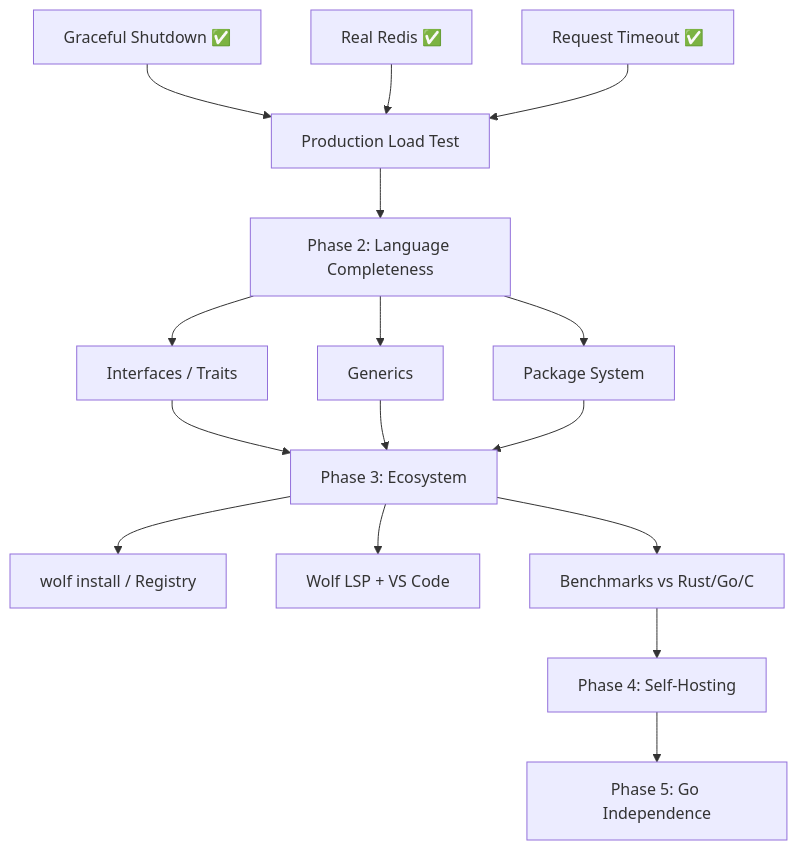
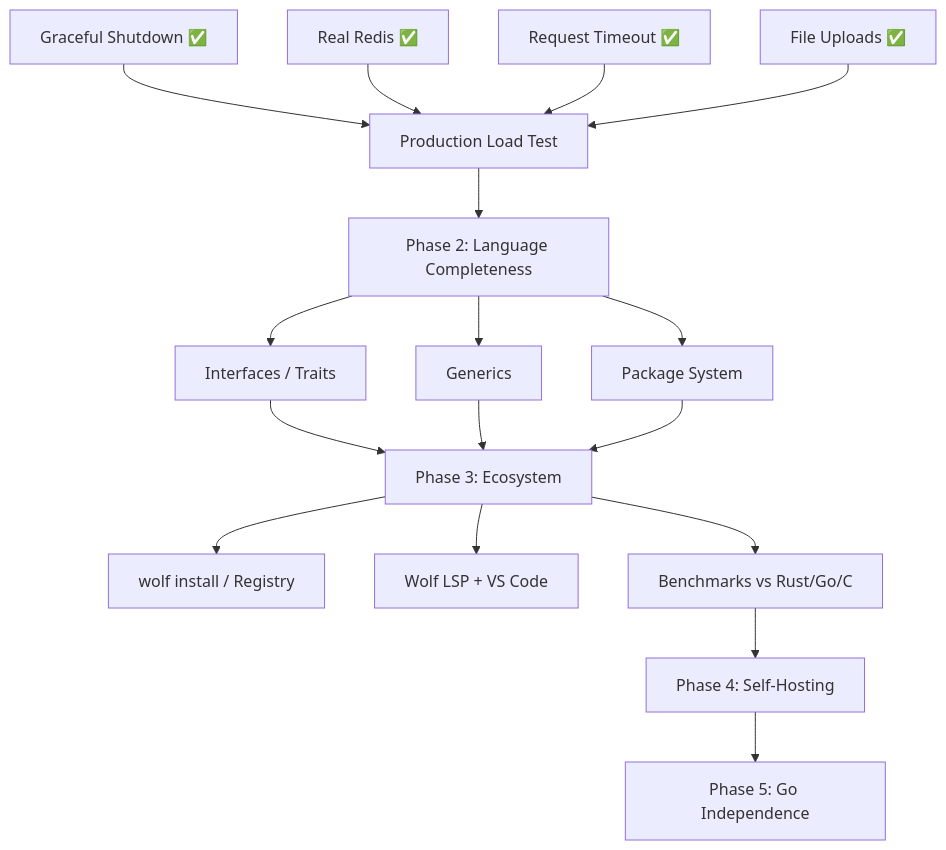
The diagram in .wolf-vault/Execution/plan.md (Loneewolf15/wolf), drawn with Mermaid before and after one commit. The commit also changed other lines of this file and 8 other files, not shown here.

````diff
--- a/.wolf-vault/Execution/plan.md
+++ b/.wolf-vault/Execution/plan.md
@@ -24,18 +26,19 @@
 ```mermaid
 graph TD
     A[Graceful Shutdown ✅] --> D[Production Load Test]
     B[Real Redis ✅] --> D
     C[Request Timeout ✅] --> D
+    FILES[File Uploads ✅] --> D
     D --> E[Phase 2: Language Completeness]
     E --> F[Interfaces / Traits]
     E --> G[Generics]
     E --> H[Package System]
     F --> I[Phase 3: Ecosystem]
     G --> I
     H --> I
     I --> J[wolf install / Registry]
     I --> K[Wolf LSP + VS Code]
     I --> L[Benchmarks vs Rust/Go/C]
     L --> M[Phase 4: Self-Hosting]
     M --> N[Phase 5: Go Independence]
 ```
````
